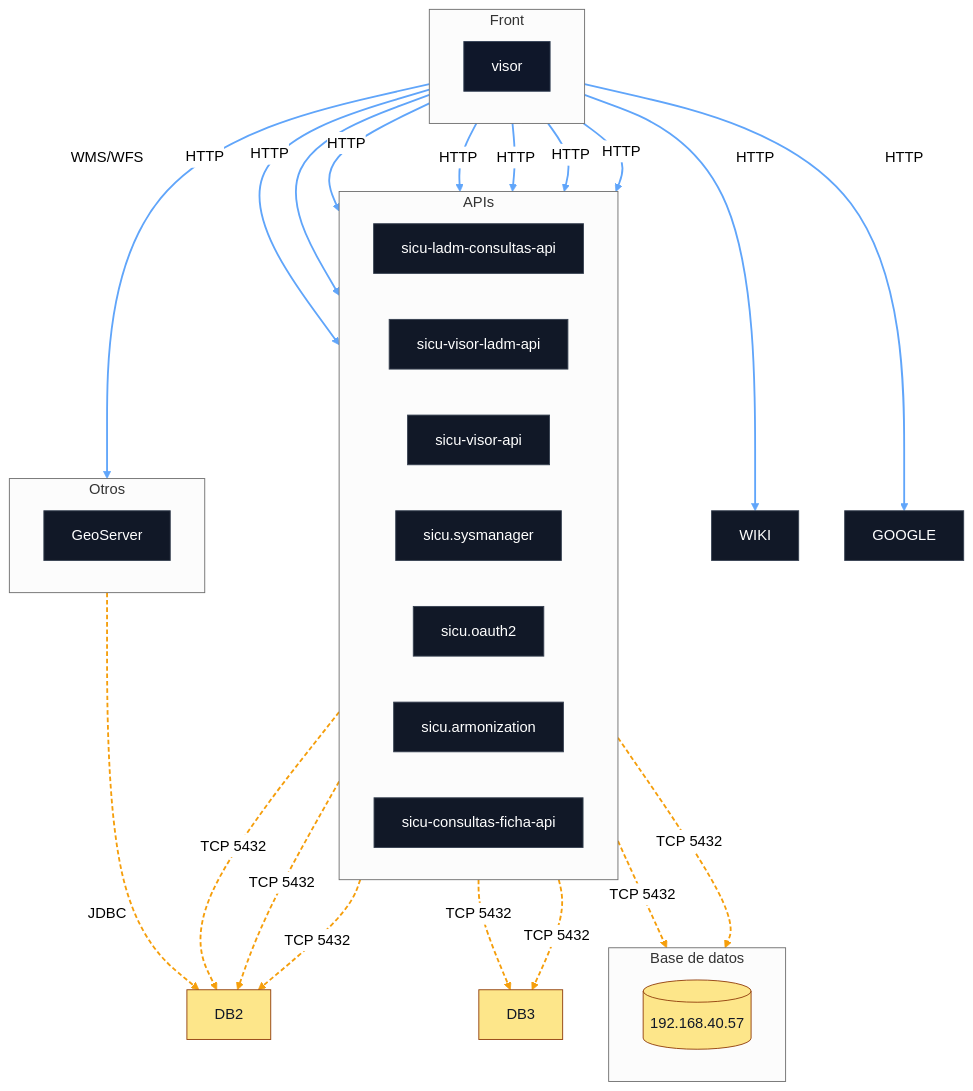
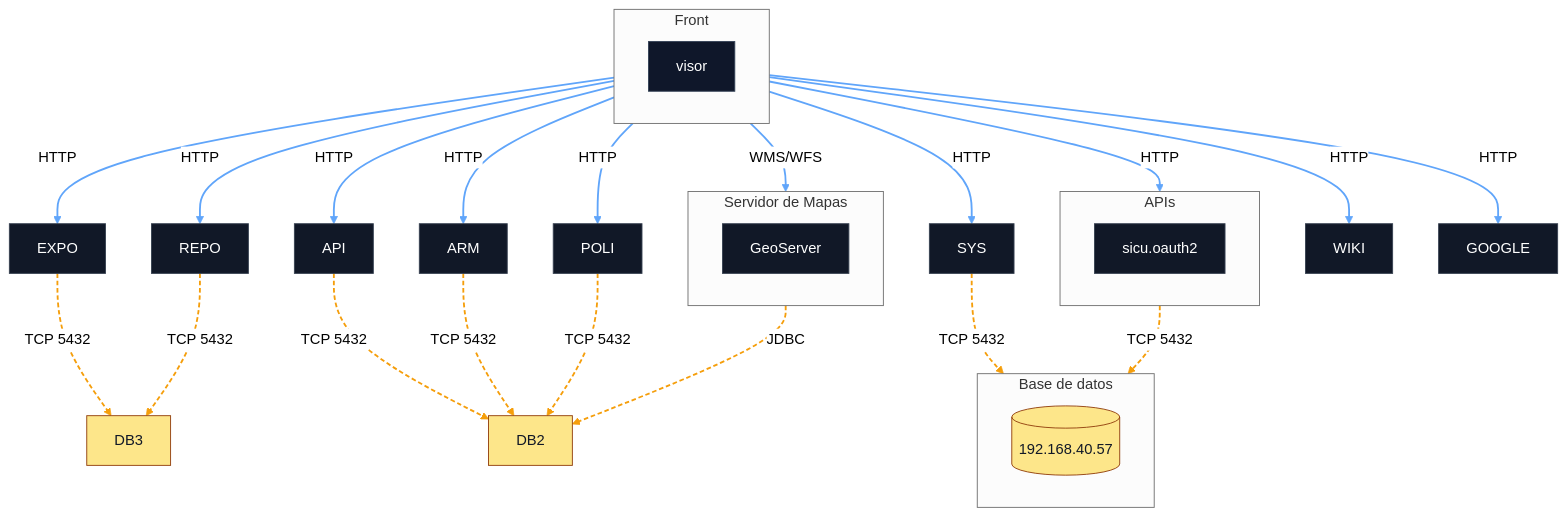
One commit to mdsigeovisor/geovisormdsi changed the diagram in README.md. Above: the diagram before and after it, drawn with Mermaid (neutral theme).

````diff
--- a/README.md
+++ b/README.md
@@ -3,69 +3,62 @@
 ```mermaid
 flowchart TB
   %% =========================
   %% CAPAS
   %% =========================
   subgraph L1[Front]
     direction LR
     FRONT[visor]
   end
 
   subgraph L2[APIs]
-    direction LR
-    REPO[sicu-ladm-consultas-api]
-    EXPO[sicu-visor-ladm-api]
-    API[sicu-visor-api]
-    SYS[sicu.sysmanager]
-    AUTH[sicu.oauth2]
-    ARM[sicu.armonization]
-    POLI[sicu-consultas-ficha-api]
+    direction LR    
+    AUTH[sicu.oauth2]    
   end
 
   subgraph L3[Base de datos]
     direction LR
     DB1[(192.168.40.57)]    
   end
-
-  subgraph L4[Otros]
+  subgraph L4[Servidor de Mapas]
     direction LR
     GEOSERVER[GeoServer]    
   end
 
   %% =========================
   %% RELACIONES
   %% =========================
   FRONT -->|HTTP| EXPO
   FRONT -->|HTTP| REPO
   FRONT -->|HTTP| API
   FRONT -->|HTTP| SYS
   FRONT -->|HTTP| AUTH
   FRONT -->|HTTP| ARM
   FRONT -->|HTTP| POLI
   FRONT -->|WMS/WFS| GEOSERVER
   FRONT -->|HTTP| WIKI
   FRONT -->|HTTP| GOOGLE
   EXPO -.->|TCP 5432| DB3
   REPO -.->|TCP 5432| DB3
   API -.->|TCP 5432| DB2
   ARM -.->|TCP 5432| DB2
   POLI -.->|TCP 5432| DB2
   GEOSERVER -.->|JDBC| DB2
   SYS -.->|TCP 5432| DB1
   AUTH -.->|TCP 5432| DB1
 
   %% =========================
   %% ESTILOS
   %% =========================
   classDef front fill:#0f172a,stroke:#334155,stroke-width:1px,color:#fff;
   classDef service fill:#111827,stroke:#374151,stroke-width:1px,color:#fff;
   classDef db fill:#fde68a,stroke:#92400e,stroke-width:1px,color:#111827;
   classDef cloud fill:#e0f2fe,stroke:#0284c7,stroke-width:1px,color:#0f172a;
 
   class FRONT front;
   class API,SYS,ARM,AUTH,REPO,POLI,EXPO,WIKI,GOOGLE,GEOSERVER service;
   class DB1,DB2,DB3 db;
 
   %% (Opcional) estilo de links
   linkStyle 0,1,2,3,4,5,6,7,8,9 stroke:#60a5fa,stroke-width:2px;
   linkStyle 10,11,12,13,14,15,16,17 stroke:#f59e0b,stroke-width:2px,stroke-dasharray:5 3;
 ```
````
